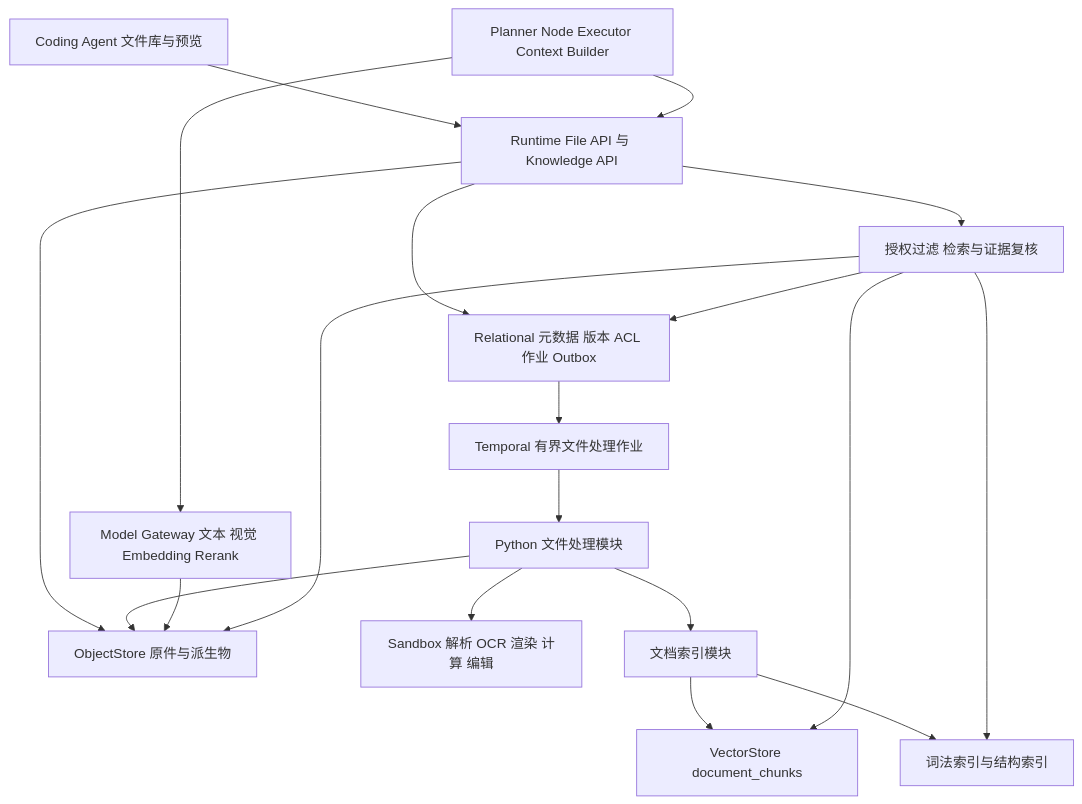
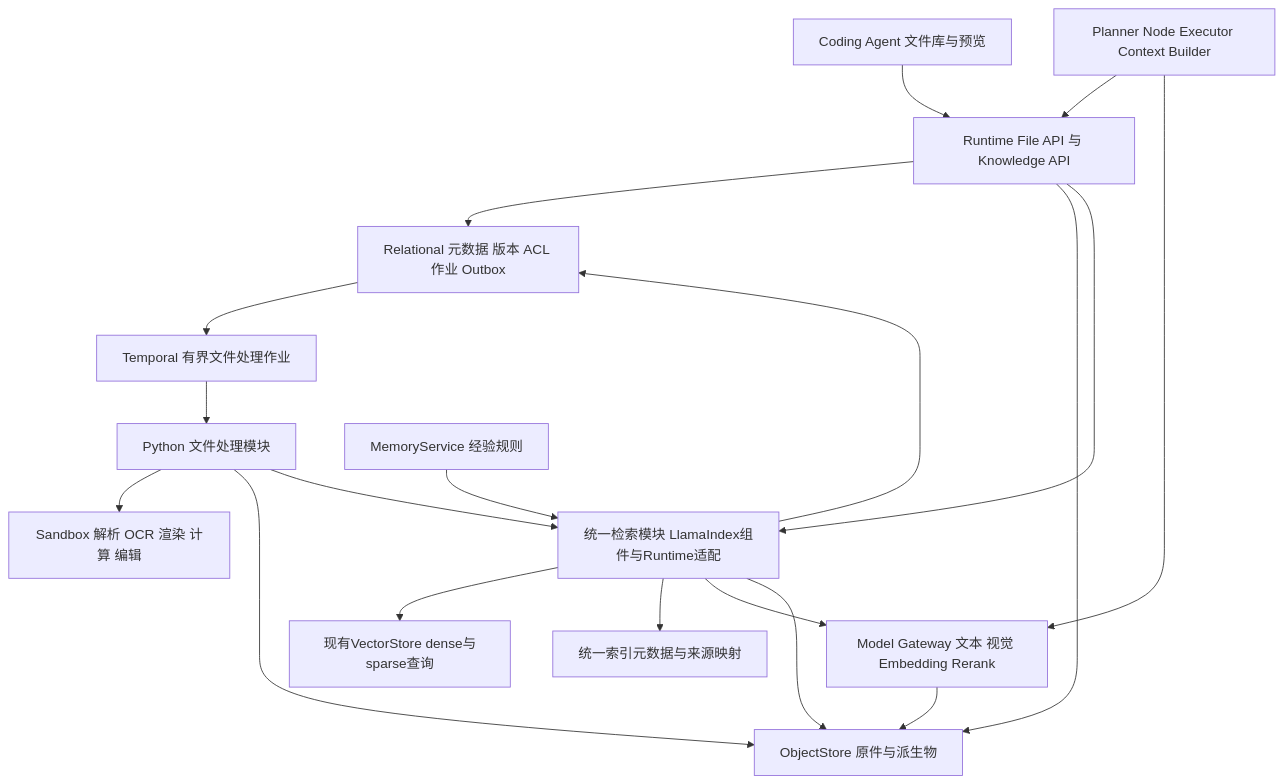
The first of 3 diagrams in docs/design/file-intelligence-design.md (Hanwen-Jiang/agent-runtime), drawn with Mermaid before and after one commit. The commit also changed other lines of this file, not shown here.

Commit message:
docs: freeze Python file engines and unified LlamaIndex retrieval

````diff
--- a/docs/design/file-intelligence-design.md
+++ b/docs/design/file-intelligence-design.md
@@ -130,21 +130,21 @@
 ```mermaid
 flowchart TB
     UI["Coding Agent 文件库与预览"] --> API["Runtime File API 与 Knowledge API"]
     API --> DB["Relational 元数据 版本 ACL 作业 Outbox"]
     API --> OBJ["ObjectStore 原件与派生物"]
     DB --> JOB["Temporal 有界文件处理作业"]
     JOB --> WORKER["Python 文件处理模块"]
     WORKER --> BOX["Sandbox 解析 OCR 渲染 计算 编辑"]
     WORKER --> OBJ
-    WORKER --> INDEX["文档索引模块"]
-    INDEX --> VEC["VectorStore document_chunks"]
-    INDEX --> LEX["词法索引与结构索引"]
+    WORKER --> RET["统一检索模块 LlamaIndex组件与Runtime适配"]
+    RET --> VEC["现有VectorStore dense与sparse查询"]
+    RET --> META["统一索引元数据与来源映射"]
     AGENT["Planner Node Executor Context Builder"] --> API
     AGENT --> MG["Model Gateway 文本 视觉 Embedding Rerank"]
+    RET --> MG
     MG --> OBJ
-    API --> RET["授权过滤 检索与证据复核"]
-    RET --> VEC
-    RET --> LEX
+    API --> RET
+    MEM["MemoryService 经验规则"] --> RET
     RET --> DB
     RET --> OBJ
 ```
````
